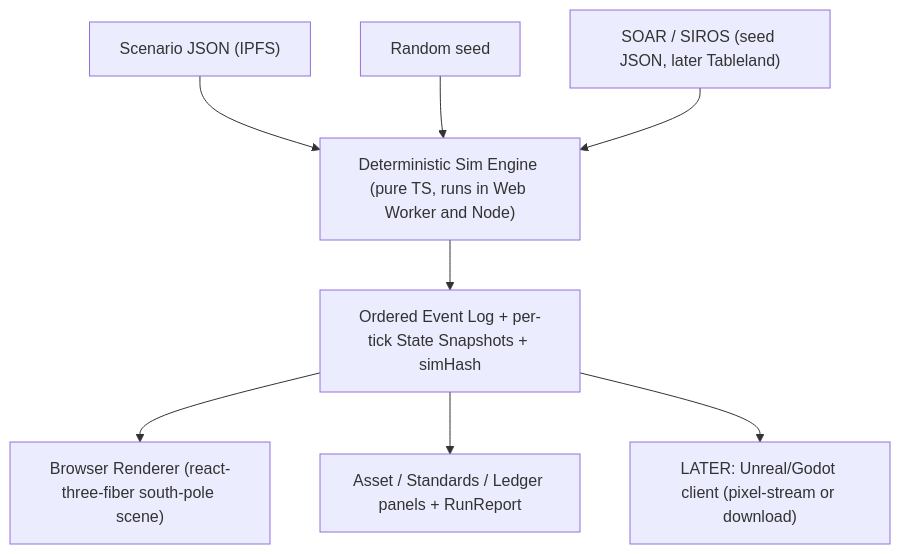
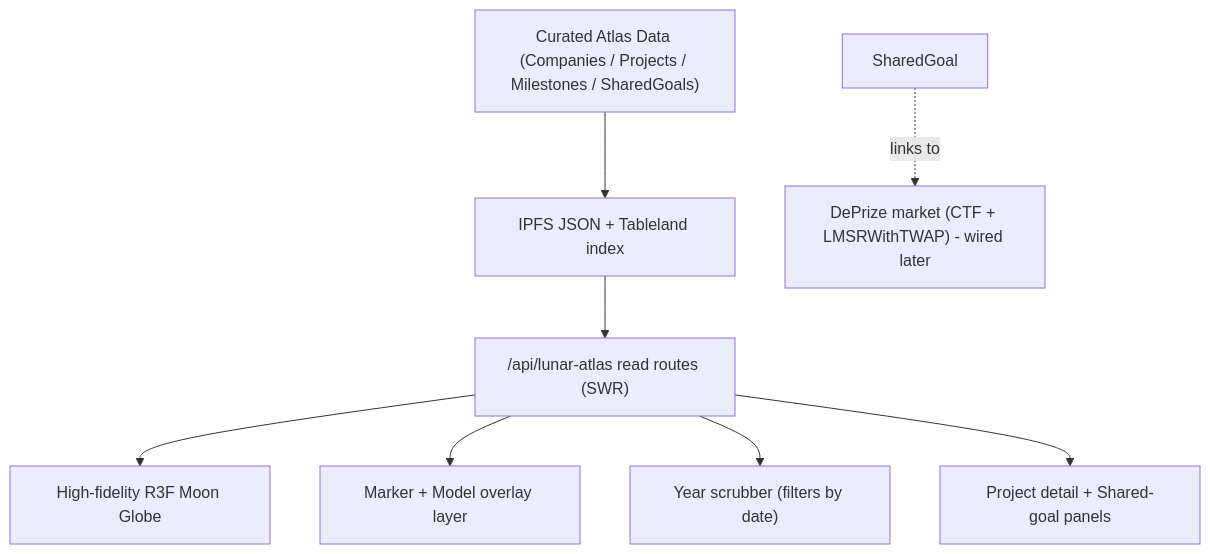
One commit to Official-MoonDao/MoonDAO changed the first of 2 diagrams in .cursor/plans/moondao_lunar_simulator_08e60e6b.plan.md. Above: the diagram before and after it, drawn with Mermaid. The commit also changed other lines of this file and 69 other files, not shown here.

First line of the commit message:
feat(lunar-atlas): transition from Lunar Simulator to Lunar Atlas with new features and components

````diff
--- a/.cursor/plans/moondao_lunar_simulator_08e60e6b.plan.md
+++ b/.cursor/plans/moondao_lunar_simulator_08e60e6b.plan.md
@@ -100,10 +101,10 @@
 ```mermaid
 flowchart TD
-  Scenario["Scenario JSON (IPFS)"] --> Engine
-  Seed["Random seed"] --> Engine
-  Registries["SOAR / SIROS (seed JSON, later Tableland)"] --> Engine
-  Engine["Deterministic Sim Engine (pure TS, runs in Web Worker and Node)"] --> EventLog["Ordered Event Log + per-tick State Snapshots + simHash"]
-  EventLog --> R3F["Browser Renderer (react-three-fiber south-pole scene)"]
-  EventLog --> Panels["Asset / Standards / Ledger panels + RunReport"]
-  EventLog --> Cinematic["LATER: Unreal/Godot client (pixel-stream or download)"]
+  Data["Curated Atlas Data (Companies / Projects / Milestones / SharedGoals)"] --> Store["IPFS JSON + Tableland index"]
+  Store --> API["/api/lunar-atlas read routes (SWR)"]
+  API --> Globe["High-fidelity R3F Moon Globe"]
+  API --> Markers["Marker + Model overlay layer"]
+  API --> Timeline["Year scrubber (filters by date)"]
+  API --> Panels["Project detail + Shared-goal panels"]
+  SharedGoal["SharedGoal"] -. links to .-> DePrize["DePrize market (CTF + LMSRWithTWAP) - wired later"]
 ```
````
